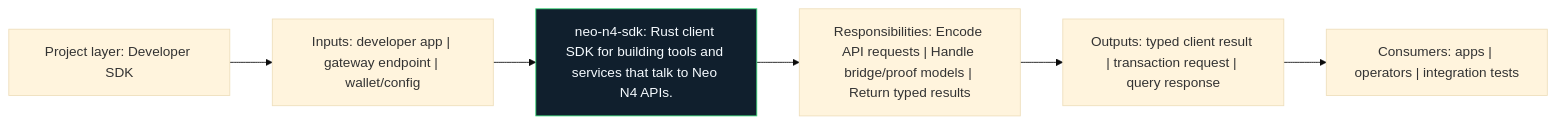
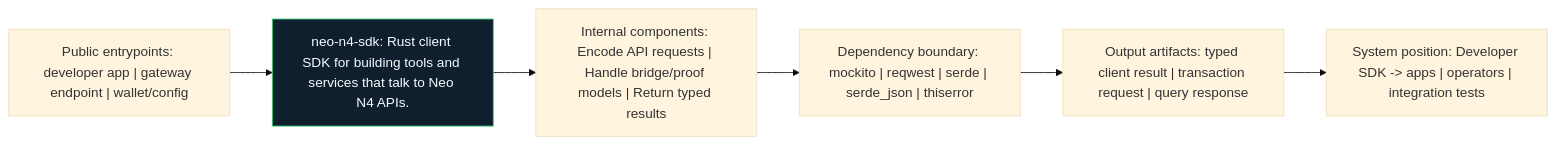
Before and after one commit to r3e-network/neo-n4: the diagram in sdk/rust/docs/figures/architecture.mmd, drawn with Mermaid (base theme). The commit also changed 129 other files, not shown here.

```diff
--- a/sdk/rust/docs/figures/architecture.mmd
+++ b/sdk/rust/docs/figures/architecture.mmd
@@ -1,14 +1,14 @@
 flowchart LR
-    N1["Project layer: Developer SDK"]
-    N2["Inputs: developer app | gateway endpoint | wallet/config"]
-    N3["neo-n4-sdk: Rust client SDK for building tools and services that talk to Neo N4 APIs."]
-    N4["Responsibilities: Encode API requests | Handle bridge/proof models | Return typed results"]
-    N5["Outputs: typed client result | transaction request | query response"]
-    N6["Consumers: apps | operators | integration tests"]
+    N1["Public entrypoints: developer app | gateway endpoint | wallet/config"]
+    N2["neo-n4-sdk: Rust client SDK for building tools and services that talk to Neo N4 APIs."]
+    N3["Internal components: Encode API requests | Handle bridge/proof models | Return typed results"]
+    N4["Dependency boundary: mockito | reqwest | serde | serde_json | thiserror"]
+    N5["Output artifacts: typed client result | transaction request | query response"]
+    N6["System position: Developer SDK -> apps | operators | integration tests"]
     N1 --> N2
     N2 --> N3
     N3 --> N4
     N4 --> N5
     N5 --> N6
     classDef crate fill:#101f2d,stroke:#38d978,color:#f6fbff
-    class N3 crate
+    class N2 crate
```
